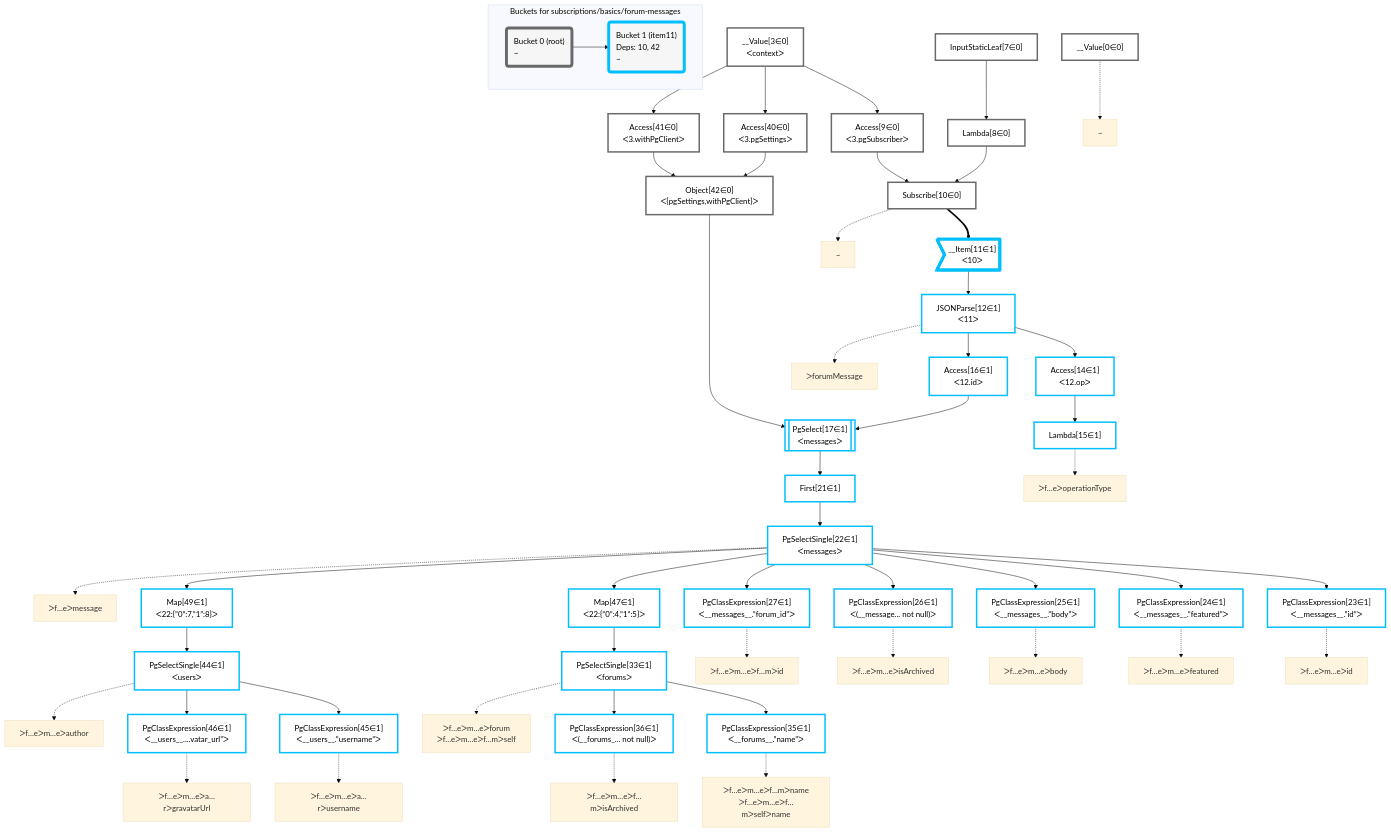
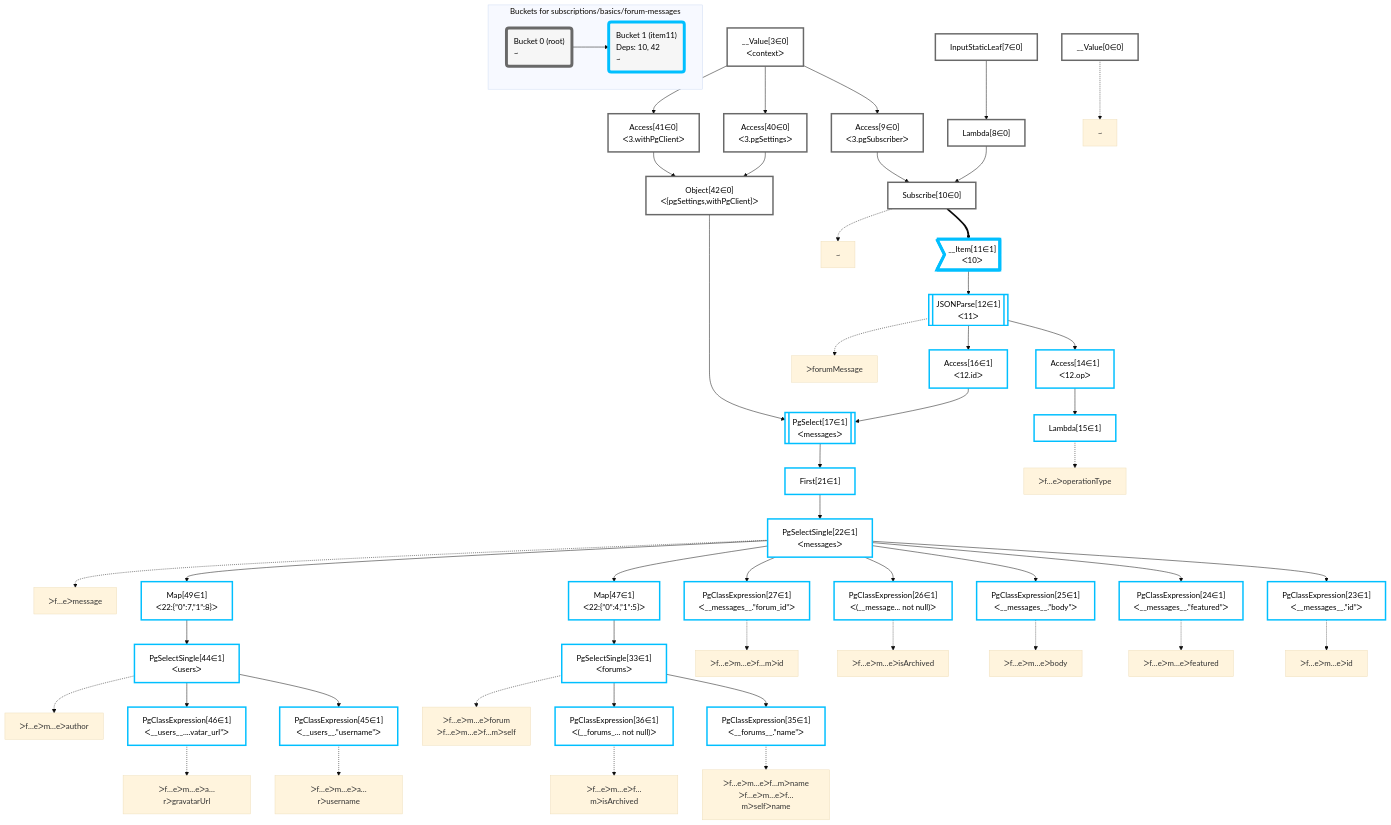
One commit to graphile/crystal changed the diagram in packages/dataplan-pg/__tests__/subscriptions/basics/forum-messages.mermaid.md. Above: the diagram before and after it, drawn with Mermaid (base theme). The commit also changed 1 other file, not shown here.

Commit message:
JSONPlan is not 'sync and safe'

```diff
--- a/packages/dataplan-pg/__tests__/subscriptions/basics/forum-messages.mermaid.md
+++ b/packages/dataplan-pg/__tests__/subscriptions/basics/forum-messages.mermaid.md
@@ -28,7 +28,7 @@
     First21["First[21∈1]"]:::plan
     PgSelect17[["PgSelect[17∈1]<br />ᐸmessagesᐳ"]]:::plan
     Access16["Access[16∈1]<br />ᐸ12.idᐳ"]:::plan
-    JSONParse12["JSONParse[12∈1]<br />ᐸ11ᐳ"]:::plan
+    JSONParse12[["JSONParse[12∈1]<br />ᐸ11ᐳ"]]:::plan
     __Item11>"__Item[11∈1]<br />ᐸ10ᐳ"]:::itemplan
     Subscribe10["Subscribe[10∈0]"]:::plan
     Access9["Access[9∈0]<br />ᐸ3.pgSubscriberᐳ"]:::plan
```
